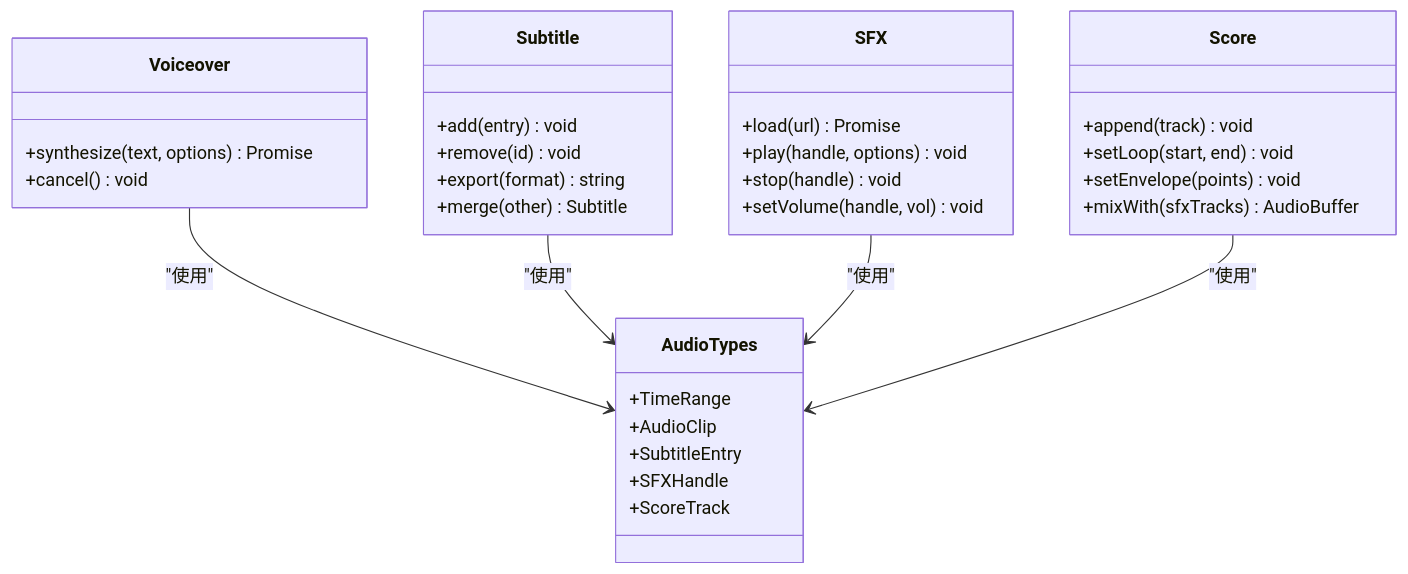
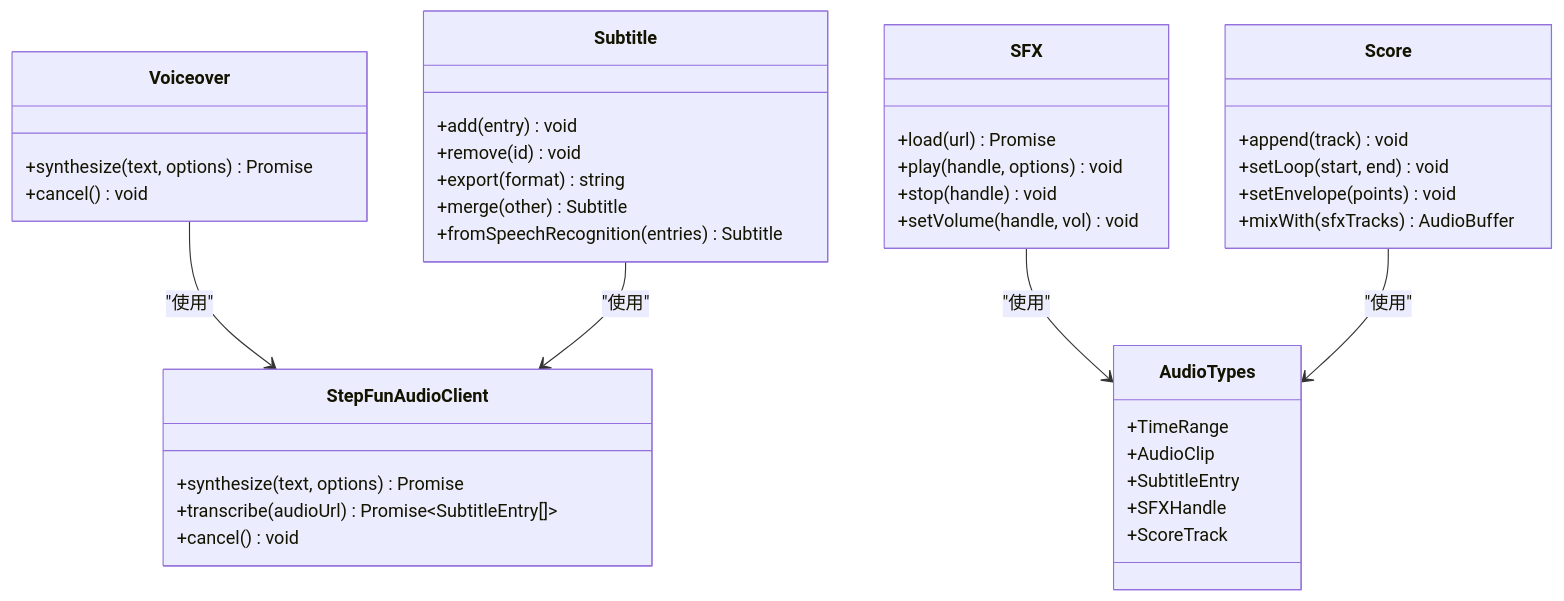
The second of 9 diagrams in .qoder/repowiki/zh/content/核心功能模块/音频处理/音频处理.md (AIMFllyYS/code-video-canvas), drawn with Mermaid before and after one commit. The commit also changed other lines of this file and 47 other files, not shown here.

````diff
--- a/.qoder/repowiki/zh/content/核心功能模块/音频处理/音频处理.md
+++ b/.qoder/repowiki/zh/content/核心功能模块/音频处理/音频处理.md
@@ -100,36 +123,42 @@
 ```mermaid
 classDiagram
 class AudioTypes {
 +TimeRange
 +AudioClip
 +SubtitleEntry
 +SFXHandle
 +ScoreTrack
+}
+class StepFunAudioClient {
++synthesize(text, options) Promise<AudioClip>
++transcribe(audioUrl) Promise~SubtitleEntry[]~
++cancel() void
 }
 class Voiceover {
 +synthesize(text, options) Promise<AudioClip>
 +cancel() void
 }
 class Subtitle {
 +add(entry) void
 +remove(id) void
 +export(format) string
 +merge(other) Subtitle
++fromSpeechRecognition(entries) Subtitle
 }
 class SFX {
 +load(url) Promise<SFXHandle>
 +play(handle, options) void
 +stop(handle) void
 +setVolume(handle, vol) void
 }
 class Score {
 +append(track) void
 +setLoop(start, end) void
 +setEnvelope(points) void
 +mixWith(sfxTracks) AudioBuffer
 }
-Voiceover --> AudioTypes : "使用"
-Subtitle --> AudioTypes : "使用"
+Voiceover --> StepFunAudioClient : "使用"
+Subtitle --> StepFunAudioClient : "使用"
 SFX --> AudioTypes : "使用"
 Score --> AudioTypes : "使用"
 ```
````
